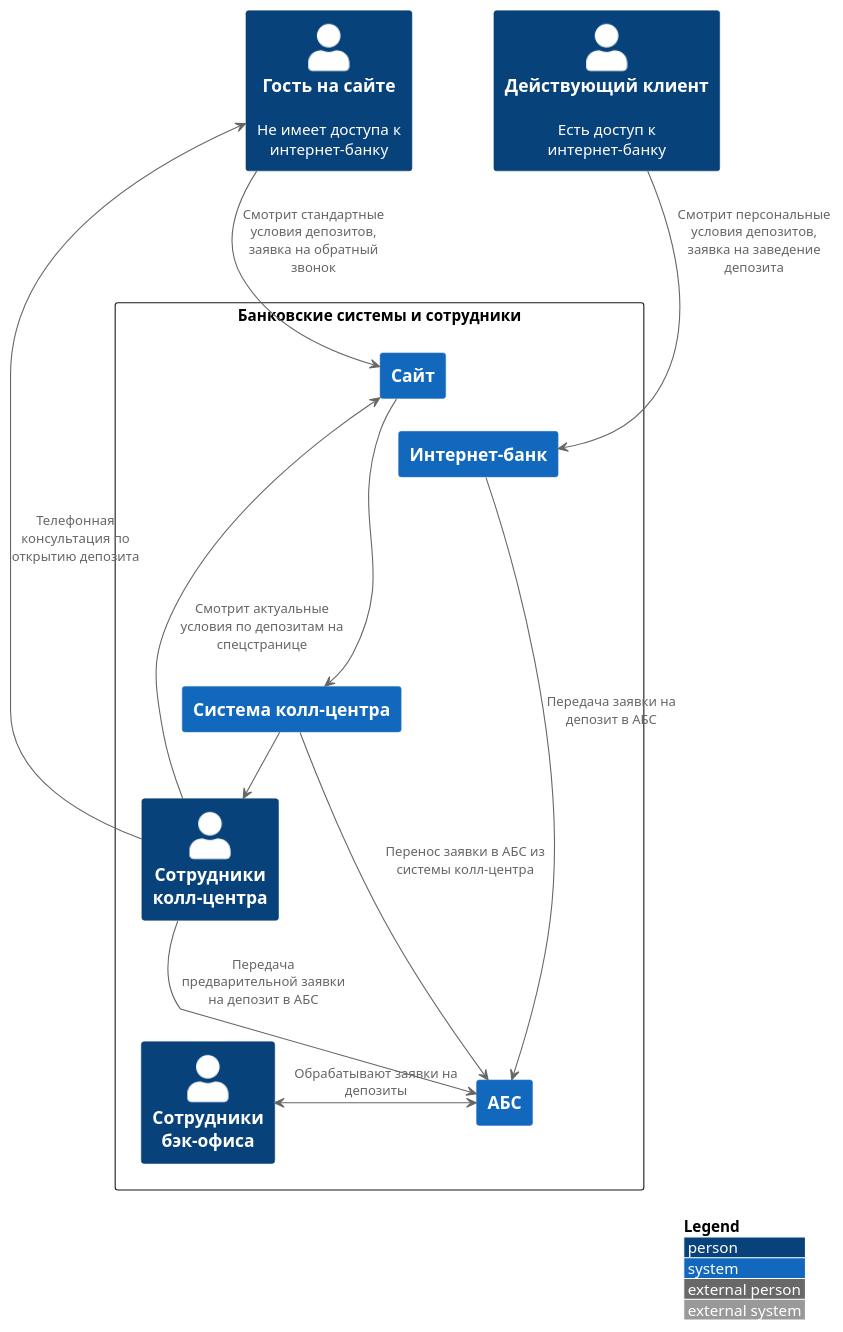
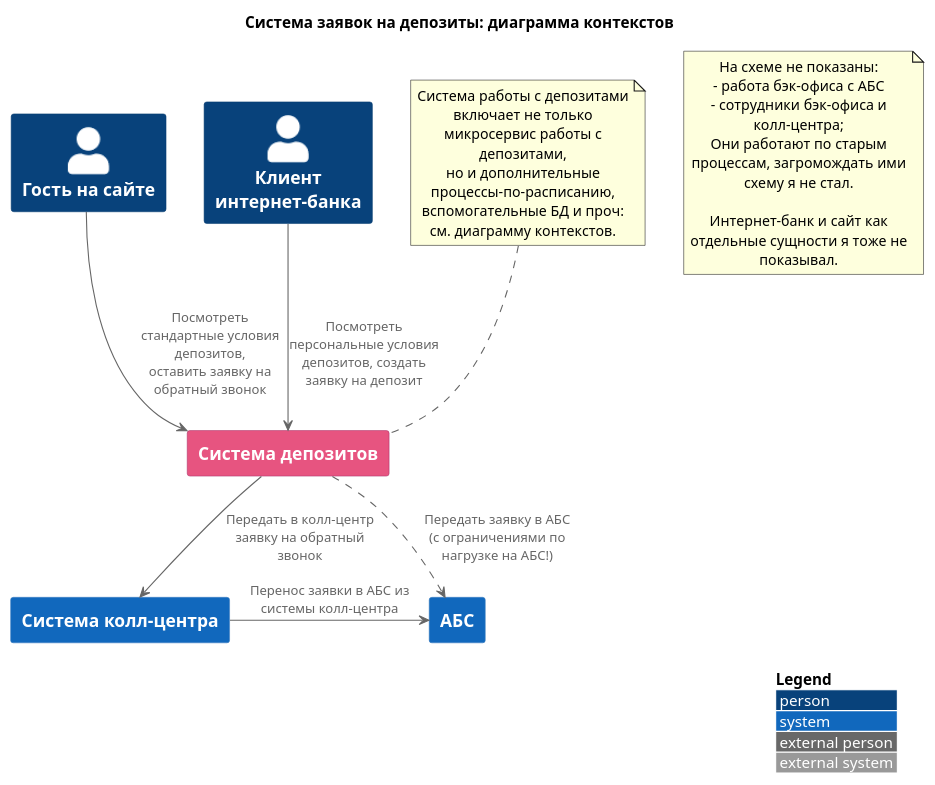
One commit to Felix-neko/architecture-pro-standart changed the diagram in Task3/context.puml. Above: the diagram before and after it, drawn with PlantUML. The commit also changed 1 other file, not shown here.

Commit message:
Промежуточный коммит. Дорисовываем диаграммы контекстов...

```diff
--- a/Task3/context.puml
+++ b/Task3/context.puml
@@ -1,52 +1,49 @@
 @startuml
 '!include ../../../../C4-PlantUML/C4_Context.puml
 !include https://raw.githubusercontent.com/plantuml-stdlib/C4-PlantUML/master/C4_Context.puml
 !pragma layout smetana true
-'top to bottom direction
+top to bottom direction
 
-'LAYOUT_TOP_DOWN()
+title Система заявок на депозиты: диаграмма контекстов
+
+AddElementTag("new-component", $bgColor="#e75480", $borderColor="#AA336A", $fontColor="white", $legendText="Новые компоненты")
+
+LAYOUT_TOP_DOWN()
 'LAYOUT_AS_SKETCH()
 LAYOUT_WITH_LEGEND()
 
 ' Пользователи
-Person(guest, "Гость на сайте", "Не имеет доступа к интернет-банку")
-Person(client, "Действующий клиент", "Есть доступ к интернет-банку")
+Person(guest, "Гость на сайте")
+Person(client, "Клиент интернет-банка")
 
+' Основные системы
 
-rectangle "Банковские системы и сотрудники" as bank_systems {
-  ' Сотрудники банка
-  Person(back_office_employee, "Сотрудники\nбэк-офиса")
-  Person(call_center_employee, "Сотрудники колл-центра")
+System(deposit_system, "Система депозитов", $tags="new-component")
+guest --> deposit_system: Посмотреть стандартные условия депозитов,\nоставить заявку на обратный звонок
+client --> deposit_system: Посмотреть персональные условия депозитов, создать заявку на депозит
 
-  ' Основные системы
+System(abs, "АБС")
+deposit_system ..> abs: Передать заявку в АБС\n(с ограничениями по нагрузке на АБС!)
 
-  System(web_site, "Сайт")
-  guest -> web_site: Смотрит стандартные условия депозитов, заявка на обратный звонок
+System(call_center_system, "Система колл-центра")
+deposit_system --> call_center_system: Передать в колл-центр заявку на обратный звонок
+call_center_system -> abs: Перенос заявки в АБС из системы колл-центра
 
-  System(internet_bank_system, "Интернет-банк")
-  client --> internet_bank_system: Смотрит персональные условия депозитов, заявка на заведение депозита
+note as deposit_system_note
+  Система работы с депозитами включает не только микросервис работы с депозитами,
+  но и дополнительные процессы-по-расписанию, вспомогательные БД и проч: см. диаграмму контекстов.
+end note
 
-  System(abs, "АБС")
-  internet_bank_system --> abs: Передача заявки на депозит в АБС
+note as global_note
+  На схеме не показаны:
+  - работа бэк-офиса с АБС
+  - сотрудники бэк-офиса и колл-центра;
+  Они работают по старым процессам, загромождать ими схему я не стал.
 
-  System(call_center_system, "Система колл-центра")
-  web_site ---> call_center_system
-  call_center_system --> call_center_employee
-  call_center_employee --> guest: Телефонная консультация по открытию депозита
-  call_center_employee --> web_site: Смотрит актуальные условия по депозитам на спецстранице
+  Интернет-банк и сайт как отдельные сущности я тоже не показывал.
+end note
 
-  call_center_employee --> abs: Передача предварительной заявки на депозит в АБС
-
-  call_center_system -> abs: Перенос заявки в АБС из системы колл-центра
-  back_office_employee <-> abs: Обрабатывают заявки на депозиты
-
-}
-Lay_D(client, bank_systems)
-Lay_R(guest, client)
-Lay_R(web_site, internet_bank_system)
-Lay_D(guest, web_site)
-Lay_D(client, web_site)
-
+deposit_system_note .. deposit_system
 
 
 @enduml
```
